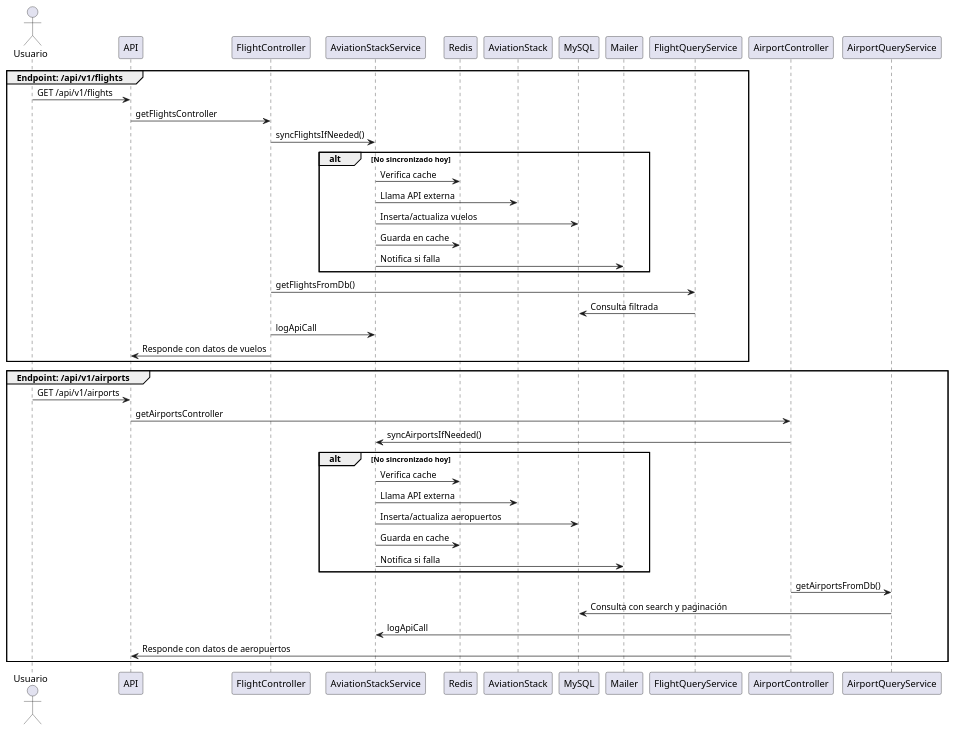
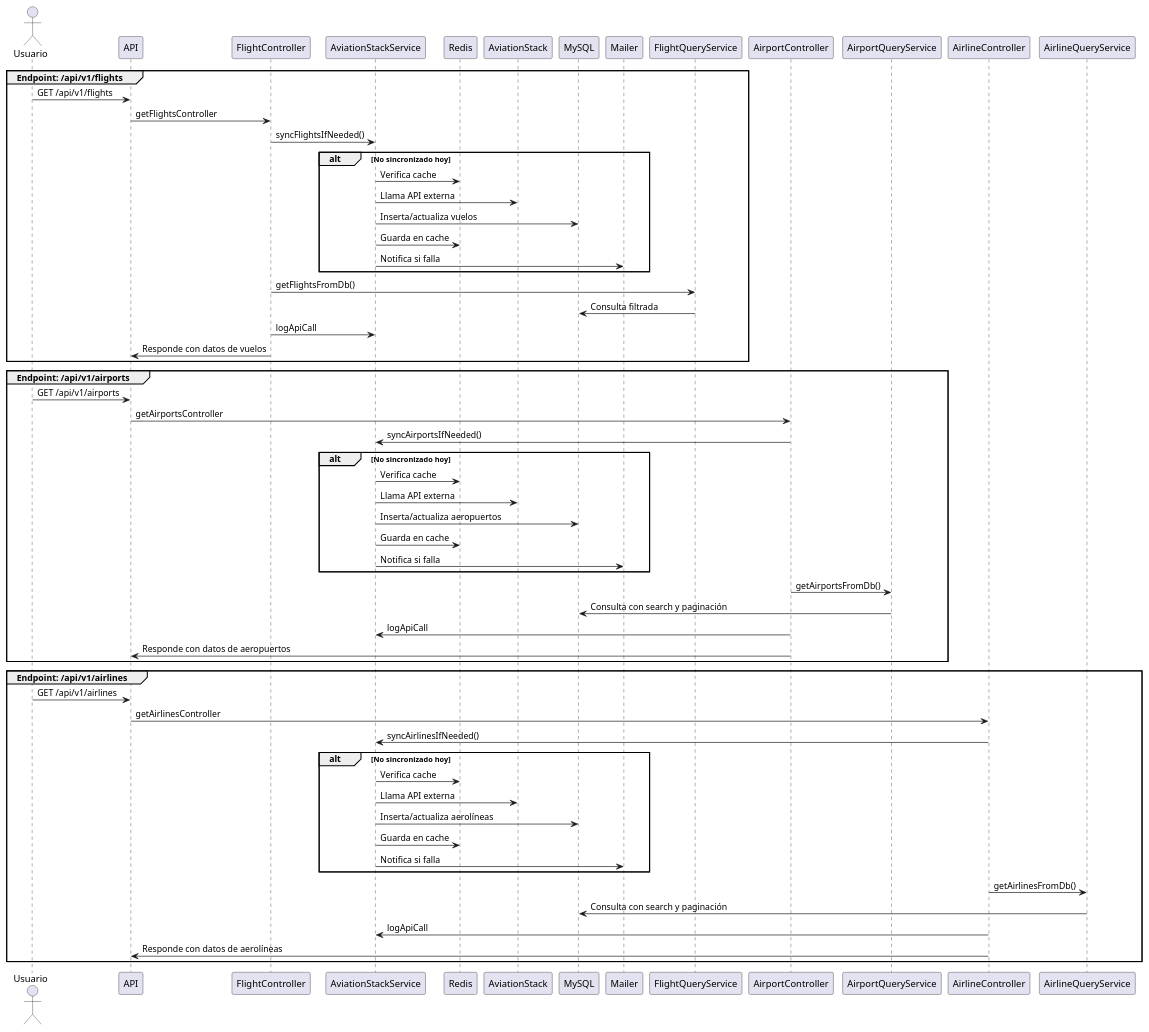
The diagram in data-flow.es.puml (jdanielrodriguez/aviation-integration), drawn with PlantUML before and after one commit. The commit also changed 11 other files, not shown here.

First line of the commit message:
docs: add full Swagger documentation for /api/v1/airlines endpoint

```diff
--- a/data-flow.es.puml
+++ b/data-flow.es.puml
@@ -1,35 +1,51 @@
 @startuml AviationStackFullFlow
 actor Usuario
 group Endpoint: /api/v1/flights
    Usuario -> API : GET /api/v1/flights
    API -> FlightController : getFlightsController
    FlightController -> AviationStackService : syncFlightsIfNeeded()
    alt No sincronizado hoy
       AviationStackService -> Redis : Verifica cache
       AviationStackService -> AviationStack : Llama API externa
       AviationStackService -> MySQL : Inserta/actualiza vuelos
       AviationStackService -> Redis : Guarda en cache
       AviationStackService -> Mailer : Notifica si falla
    end
    FlightController -> FlightQueryService : getFlightsFromDb()
    FlightQueryService -> MySQL : Consulta filtrada
    FlightController -> AviationStackService : logApiCall
    FlightController -> API : Responde con datos de vuelos
 end group
 group Endpoint: /api/v1/airports
    Usuario -> API : GET /api/v1/airports
    API -> AirportController : getAirportsController
    AirportController -> AviationStackService : syncAirportsIfNeeded()
    alt No sincronizado hoy
       AviationStackService -> Redis : Verifica cache
       AviationStackService -> AviationStack : Llama API externa
       AviationStackService -> MySQL : Inserta/actualiza aeropuertos
       AviationStackService -> Redis : Guarda en cache
       AviationStackService -> Mailer : Notifica si falla
    end
    AirportController -> AirportQueryService : getAirportsFromDb()
    AirportQueryService -> MySQL : Consulta con search y paginación
    AirportController -> AviationStackService : logApiCall
    AirportController -> API : Responde con datos de aeropuertos
 end group
+group Endpoint: /api/v1/airlines
+   Usuario -> API : GET /api/v1/airlines
+   API -> AirlineController : getAirlinesController
+   AirlineController -> AviationStackService : syncAirlinesIfNeeded()
+   alt No sincronizado hoy
+      AviationStackService -> Redis : Verifica cache
+      AviationStackService -> AviationStack : Llama API externa
+      AviationStackService -> MySQL : Inserta/actualiza aerolíneas
+      AviationStackService -> Redis : Guarda en cache
+      AviationStackService -> Mailer : Notifica si falla
+   end
+   AirlineController -> AirlineQueryService : getAirlinesFromDb()
+   AirlineQueryService -> MySQL : Consulta con search y paginación
+   AirlineController -> AviationStackService : logApiCall
+   AirlineController -> API : Responde con datos de aerolíneas
+end group
 @enduml
```
